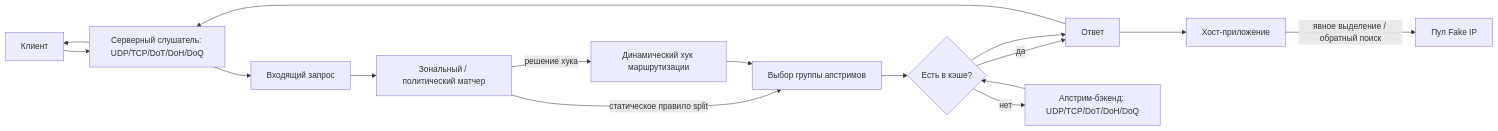
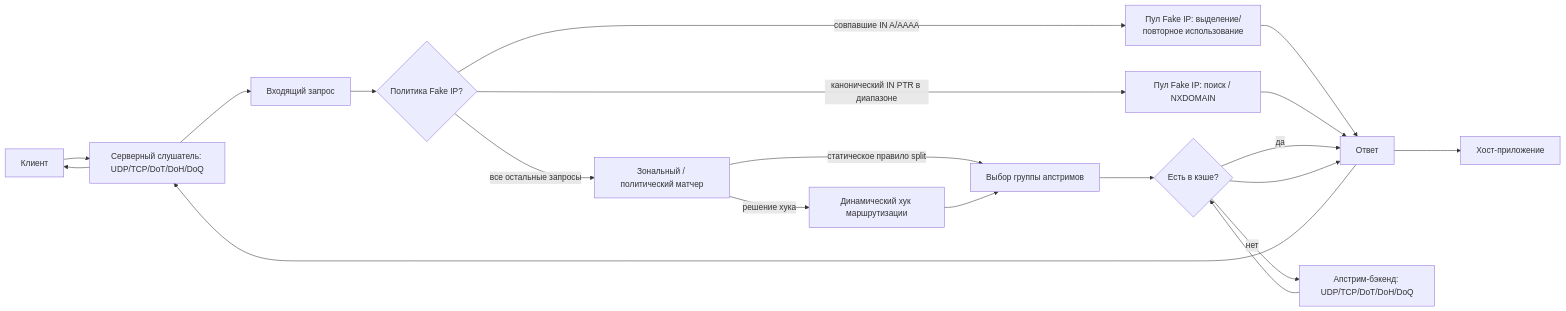
The first of 2 diagrams in ARCHITECTURE.ru.md (F000NKKK/dns-lattice), drawn with Mermaid before and after one commit. The commit also changed other lines of this file and 13 other files, not shown here.

````diff
--- a/ARCHITECTURE.ru.md
+++ b/ARCHITECTURE.ru.md
@@ -149,18 +149,22 @@
 ```mermaid
 flowchart LR
     Client[Клиент] --> Listener[Серверный слушатель: UDP/TCP/DoT/DoH/DoQ]
     Listener --> Query[Входящий запрос]
-    Query --> Match[Зональный / политический матчер]
+    Query --> FakePolicy{Политика Fake IP?}
+    FakePolicy -->|совпавшие IN A/AAAA| FakeIP[Пул Fake IP: выделение/повторное использование]
+    FakePolicy -->|канонический IN PTR в диапазоне| Reverse[Пул Fake IP: поиск / NXDOMAIN]
+    FakeIP --> Answer[Ответ]
+    Reverse --> Answer
+    FakePolicy -->|все остальные запросы| Match[Зональный / политический матчер]
     Match -->|решение хука| Hook[Динамический хук маршрутизации]
     Match -->|статическое правило split| Route[Выбор группы апстримов]
     Hook --> Route
     Route --> Cache{Есть в кэше?}
     Cache -->|да| Answer[Ответ]
     Cache -->|нет| Upstream[Апстрим-бэкенд: UDP/TCP/DoT/DoH/DoQ]
     Upstream --> Cache
     Cache --> Answer
     Answer --> Host[Хост-приложение]
-    Host -->|явное выделение / обратный поиск| FakeIP[Пул Fake IP]
     Answer --> Listener
     Listener --> Client
 ```
````
